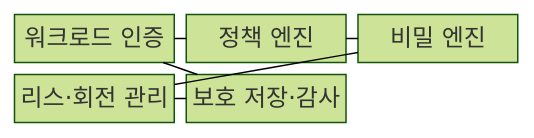
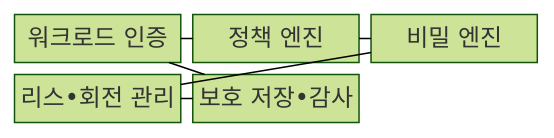
The first of 2 diagrams in src/content/docs/notes/05-security/077_secrets_management_vault_aws_secrets.md (agnusdei1207/knowledge-base), drawn with Mermaid (forest theme) before and after one commit. The commit also changed other lines of this file and 953 other files, not shown here.

````diff
--- a/src/content/docs/notes/05-security/077_secrets_management_vault_aws_secrets.md
+++ b/src/content/docs/notes/05-security/077_secrets_management_vault_aws_secrets.md
@@ -63,14 +63,14 @@
 ```mermaid
 block-beta
   columns 3
   A["워크로드 인증"]
   B["정책 엔진"]
   C["비밀 엔진"]
-  D["리스·회전 관리"]
-  E["보호 저장·감사"]
+  D["리스•회전 관리"]
+  E["보호 저장•감사"]
   A --- B
   B --- C
   C --- D
   D --- E
   E --- A
 ```
````
